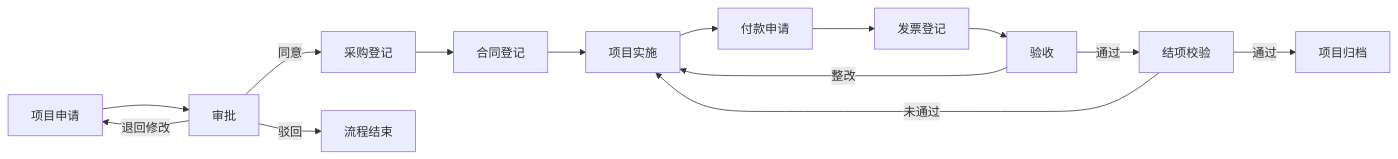
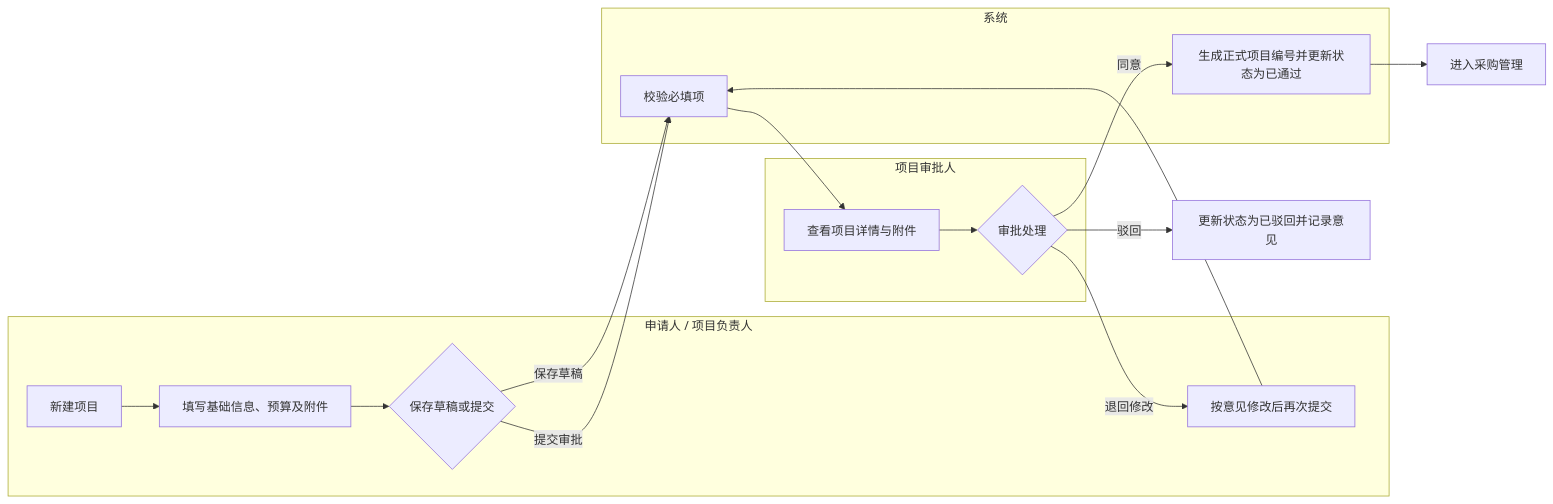
One commit to Jess-0411/github.io changed the second of 10 diagrams in 业务流程与架构图.md. Above: the diagram before and after it, drawn with Mermaid. The commit also changed other lines of this file and 7 other files, not shown here.

````diff
--- a/业务流程与架构图.md
+++ b/业务流程与架构图.md
@@ -5,16 +55,20 @@
 ```mermaid
 flowchart LR
-  A["项目申请"] --> B["审批"]
-  B -->|同意| C["采购登记"]
-  B -->|退回修改| A
-  B -->|驳回| Z["流程结束"]
-  C --> D["合同登记"]
-  D --> E["项目实施"]
-  E --> F["付款申请"]
-  F --> G["发票登记"]
-  G --> H["验收"]
-  H -->|整改| E
-  H -->|通过| I["结项校验"]
-  I -->|通过| J["项目归档"]
-  I -->|未通过| E
+  subgraph A["申请人 / 项目负责人"]
+    A1["新建项目"] --> A2["填写基础信息、预算及附件"]
+    A2 --> A3{"保存草稿或提交"}
+    A4["按意见修改后再次提交"]
+  end
+  subgraph B["项目审批人"]
+    B1["查看项目详情与附件"] --> B2{"审批处理"}
+  end
+  subgraph C["系统"]
+    C1["校验必填项"]
+    C2["生成正式项目编号并更新状态为已通过"]
+  end
+  A3 -->|保存草稿| C1
+  A3 -->|提交审批| C1 --> B1
+  B2 -->|退回修改| A4 --> C1
+  B2 -->|驳回| D["更新状态为已驳回并记录意见"]
+  B2 -->|同意| C2 --> E["进入采购管理"]
 ```
````
